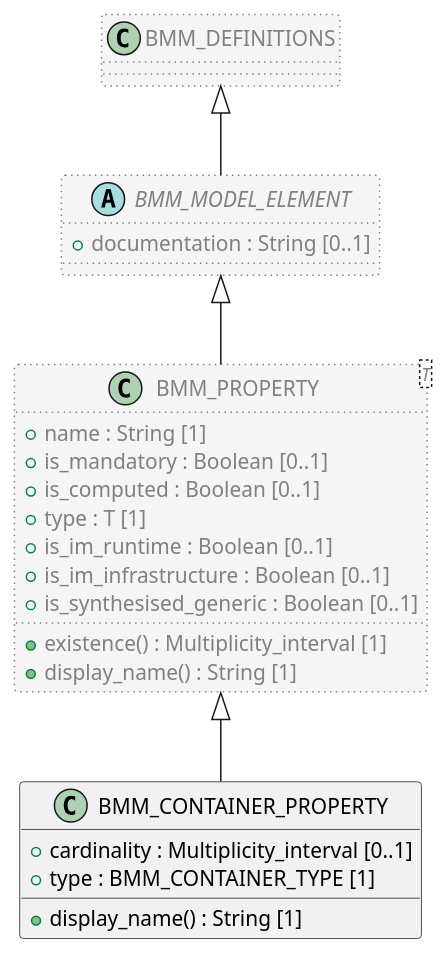
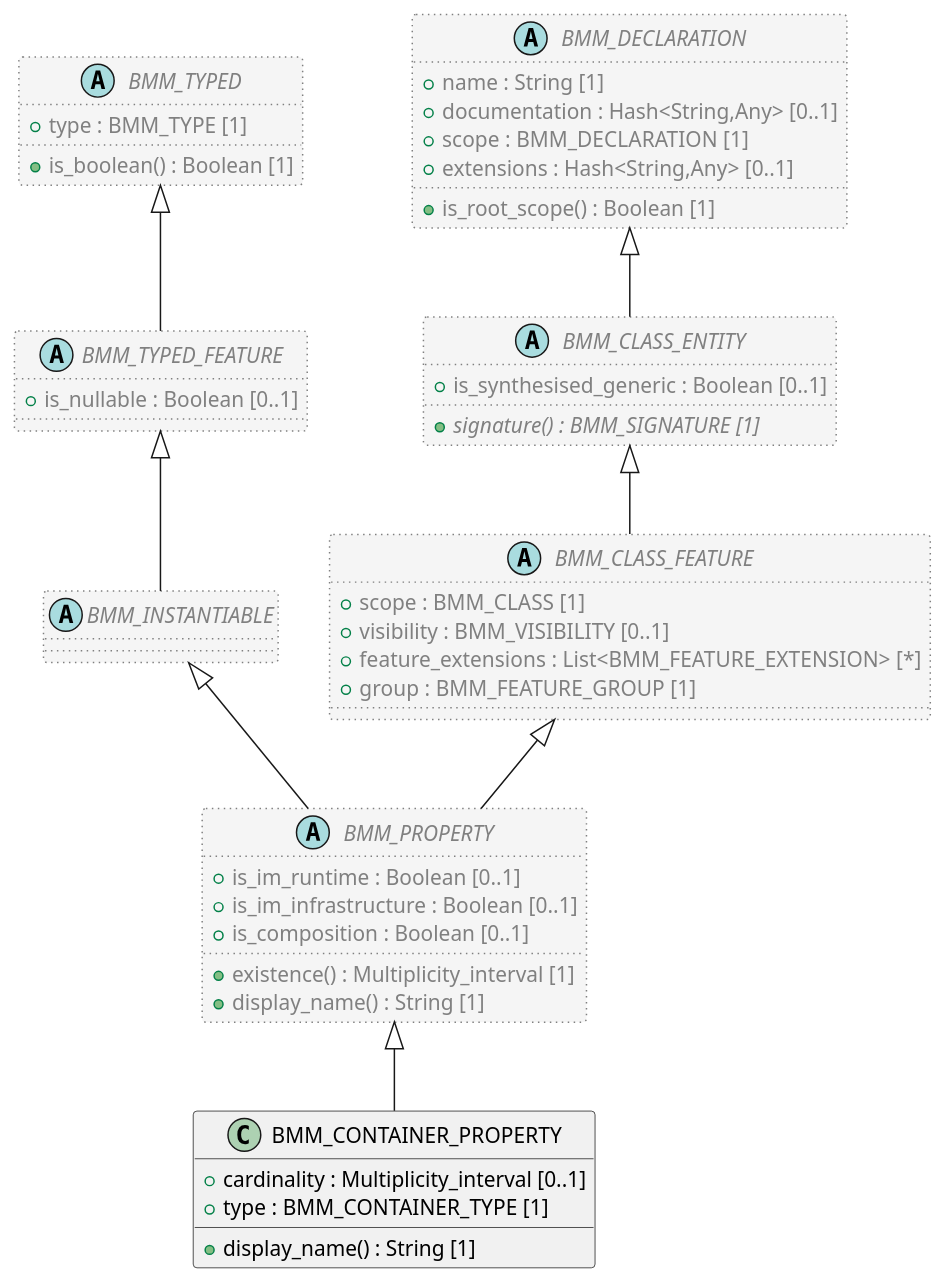
Before and after one commit to sebastian-iancu/code-generator: the diagram in code/Adoc/openehr_lang_1.0.0/plantUML/classes/org.openehr.lang.bmm.bmm_container_property.adoc, drawn with PlantUML. The commit also changed 719 other files, not shown here.

```diff
--- a/code/Adoc/openehr_lang_1.0.0/plantUML/classes/org.openehr.lang.bmm.bmm_container_property.adoc
+++ b/code/Adoc/openehr_lang_1.0.0/plantUML/classes/org.openehr.lang.bmm.bmm_container_property.adoc
@@ -1,38 +1,67 @@
 [plantuml,BMM_CONTAINER_PROPERTY,format=svg,svg-type="inline"]
 -----
 @startuml
 
 class BMM_CONTAINER_PROPERTY {
   + cardinality : Multiplicity_interval [0..1]
   + type : BMM_CONTAINER_TYPE [1]
   + display_name() : String [1]
 }
 
-class BMM_PROPERTY <T>  #whitesmoke;line:gray;line.dotted;text:gray {
-  + name : String [1]
-  + is_mandatory : Boolean [0..1]
-  + is_computed : Boolean [0..1]
-  + type : T [1]
+abstract class BMM_PROPERTY  #whitesmoke;line:gray;line.dotted;text:gray {
   + is_im_runtime : Boolean [0..1]
   + is_im_infrastructure : Boolean [0..1]
-  + is_synthesised_generic : Boolean [0..1]
+  + is_composition : Boolean [0..1]
   + existence() : Multiplicity_interval [1]
   + display_name() : String [1]
 }
 
-abstract class BMM_MODEL_ELEMENT  #whitesmoke;line:gray;line.dotted;text:gray {
-  + documentation : String [0..1]
+abstract class BMM_INSTANTIABLE  #whitesmoke;line:gray;line.dotted;text:gray {
 }
 
-class BMM_DEFINITIONS  #whitesmoke;line:gray;line.dotted;text:gray {
+abstract class BMM_TYPED_FEATURE  #whitesmoke;line:gray;line.dotted;text:gray {
+  + is_nullable : Boolean [0..1]
 }
 
-BMM_DEFINITIONS <|-- BMM_MODEL_ELEMENT
+abstract class BMM_TYPED  #whitesmoke;line:gray;line.dotted;text:gray {
+  + type : BMM_TYPE [1]
+  + is_boolean() : Boolean [1]
+}
 
-BMM_MODEL_ELEMENT <|-- BMM_PROPERTY
+BMM_TYPED <|-- BMM_TYPED_FEATURE
+
+BMM_TYPED_FEATURE <|-- BMM_INSTANTIABLE
+
+BMM_INSTANTIABLE <|-- BMM_PROPERTY
+
+abstract class BMM_CLASS_FEATURE  #whitesmoke;line:gray;line.dotted;text:gray {
+  + scope : BMM_CLASS [1]
+  + visibility : BMM_VISIBILITY [0..1]
+  + feature_extensions : List<BMM_FEATURE_EXTENSION> [*]
+  + group : BMM_FEATURE_GROUP [1]
+}
+
+abstract class BMM_CLASS_ENTITY  #whitesmoke;line:gray;line.dotted;text:gray {
+  + is_synthesised_generic : Boolean [0..1]
+  + {abstract} signature() : BMM_SIGNATURE [1]
+}
+
+abstract class BMM_DECLARATION  #whitesmoke;line:gray;line.dotted;text:gray {
+  + name : String [1]
+  + documentation : Hash<String,Any> [0..1]
+  + scope : BMM_DECLARATION [1]
+  + extensions : Hash<String,Any> [0..1]
+  + is_root_scope() : Boolean [1]
+}
+
+BMM_DECLARATION <|-- BMM_CLASS_ENTITY
+
+BMM_CLASS_ENTITY <|-- BMM_CLASS_FEATURE
+
+BMM_CLASS_FEATURE <|-- BMM_PROPERTY
 
 BMM_PROPERTY <|-- BMM_CONTAINER_PROPERTY
 
 
 @enduml
 -----
```
